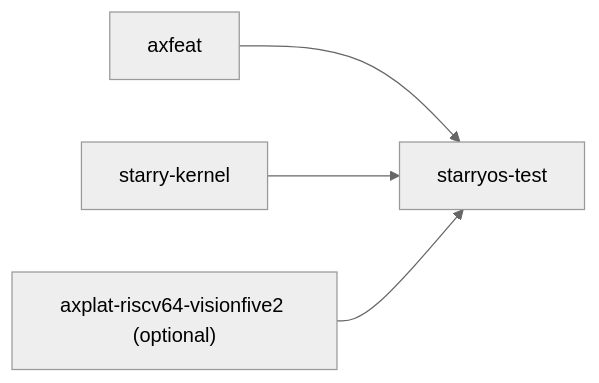
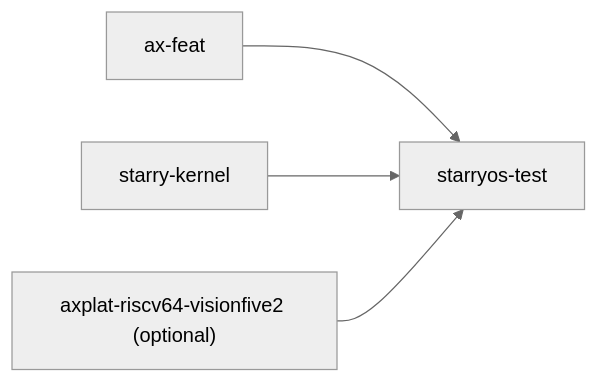
Before and after one commit to rcore-os/tgoskits: the second of 2 diagrams in docs/crates/starryos-test.md, drawn with Mermaid (neutral theme). The commit also changed other lines of this file and 51 other files, not shown here.

````diff
--- a/docs/crates/starryos-test.md
+++ b/docs/crates/starryos-test.md
@@ -104,6 +104,6 @@
 ```mermaid
 graph LR
-    axfeat["axfeat"] --> test["starryos-test"]
+    ax-feat["ax-feat"] --> test["starryos-test"]
     kernel["starry-kernel"] --> test
     vf2["axplat-riscv64-visionfive2 (optional)"] --> test
 ```
````
